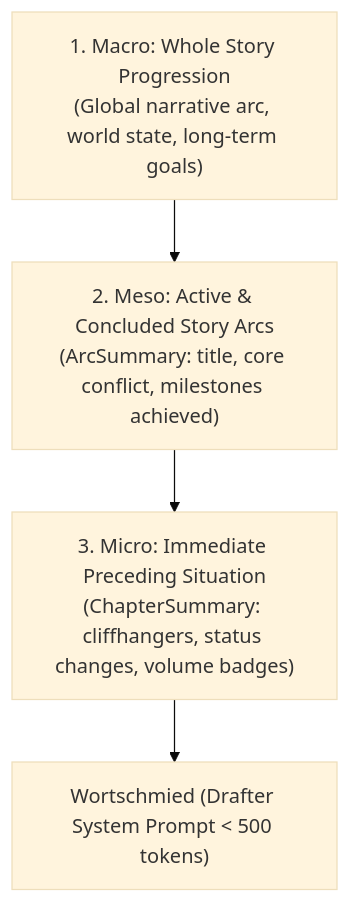
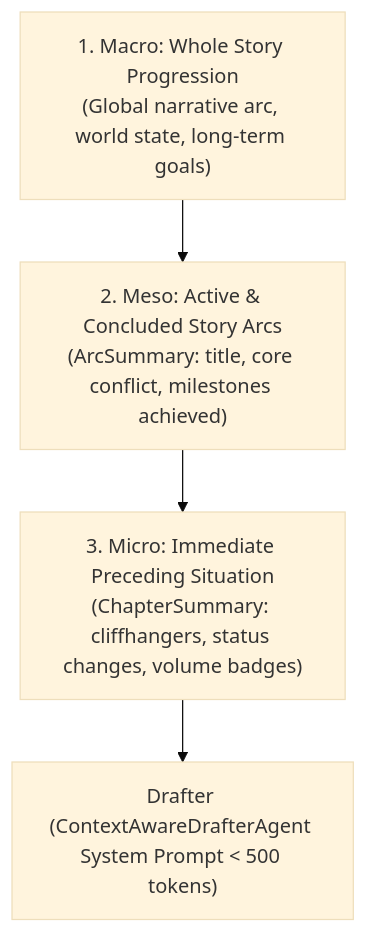
The second of 2 diagrams in doc/novel_bible.md (Checkmartyr/NouSetsu), drawn with Mermaid (base theme) before and after one commit. The commit also changed other lines of this file and 29 other files, not shown here.

````diff
--- a/doc/novel_bible.md
+++ b/doc/novel_bible.md
@@ -168,10 +168,10 @@
 ```mermaid
 graph TD
     Macro["1. Macro: Whole Story Progression\n(Global narrative arc, world state, long-term goals)"]
     Meso["2. Meso: Active & Concluded Story Arcs\n(ArcSummary: title, core conflict, milestones achieved)"]
     Micro["3. Micro: Immediate Preceding Situation\n(ChapterSummary: cliffhangers, status changes, volume badges)"]
     
     Macro --> Meso
     Meso --> Micro
-    Micro --> Drafter["Wortschmied (Drafter System Prompt < 500 tokens)"]
+    Micro --> Drafter["Drafter (ContextAwareDrafterAgent System Prompt < 500 tokens)"]
 ```
````
